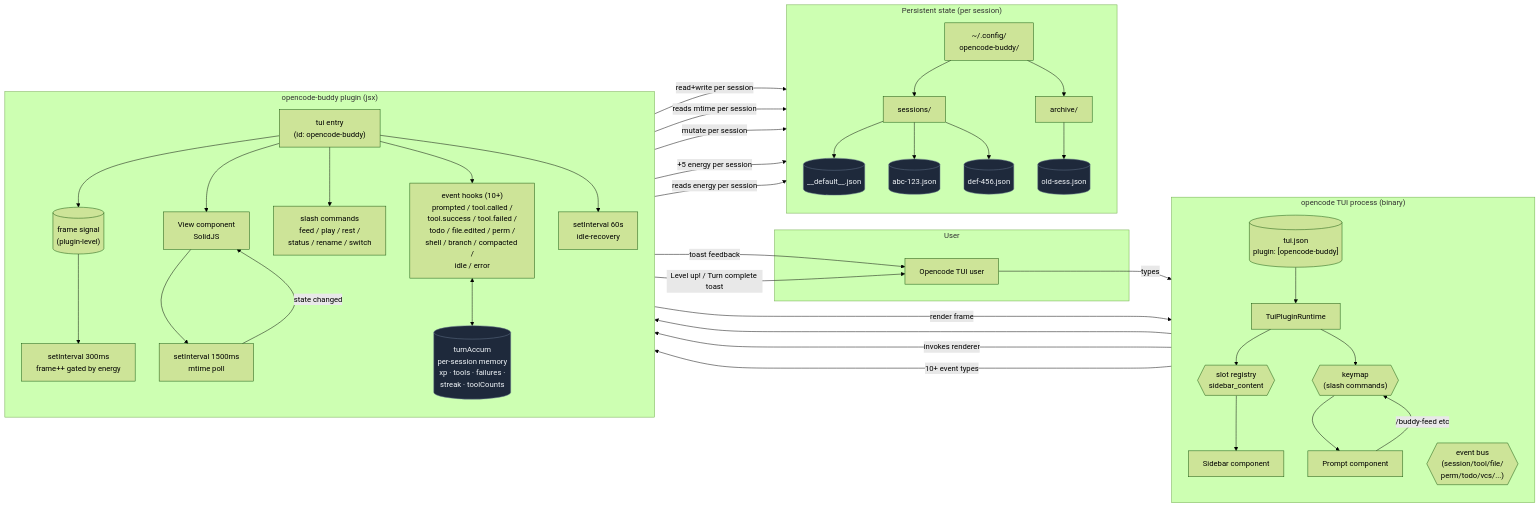
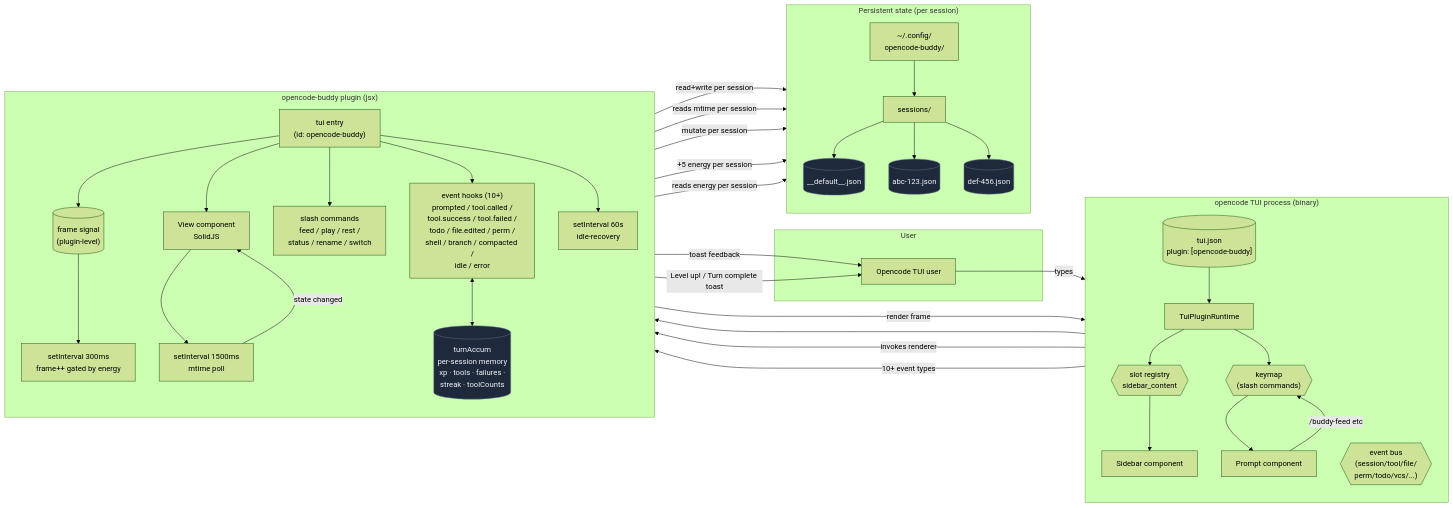
The diagram in README.md (atlasmarkz/opencode-buddy), drawn with Mermaid (forest theme) before and after one commit. The commit also changed other lines of this file and 3 other files, not shown here.

````diff
--- a/README.md
+++ b/README.md
@@ -179,82 +177,78 @@
 ```mermaid
 flowchart LR
     subgraph User
         U[Opencode TUI user]
     end
 
     subgraph OpencodeTUI["opencode TUI process (binary)"]
         direction TB
         Config[("tui.json<br/>plugin: [opencode-buddy]")]
         Runtime[TuiPluginRuntime]
         Sidebar[Sidebar component]
         Prompt[Prompt component]
         Slots{{"slot registry<br/>sidebar_content"}}
         Keymap{{"keymap<br/>(slash commands)"}}
         Bus{{"event bus<br/>(session/tool/file/<br/>perm/todo/vcs/...)"}}
 
         Config --> Runtime
         Runtime --> Slots
         Runtime --> Keymap
         Slots --> Sidebar
         Keymap --> Prompt
     end
 
     subgraph Buddy["opencode-buddy plugin (jsx)"]
         direction TB
         TUIEntry["tui entry<br/>(id: opencode-buddy)"]
         View[View component<br/>SolidJS]
         FrameSignal[("frame signal<br/>(plugin-level)")]
         AnimTick[setInterval 300ms<br/>frame++ gated by energy]
         RefreshTick[setInterval 1500ms<br/>mtime poll]
         IdleTimer[setInterval 60s<br/>idle-recovery]
         Hooks["event hooks (10+)<br/>prompted / tool.called /<br/>tool.success / tool.failed /<br/>todo / file.edited / perm /<br/>shell / branch / compacted /<br/>idle / error"]
         TurnAccum[("turnAccum<br/>per-session memory<br/>xp · tools · failures ·<br/>streak · toolCounts")]
         SlashCmds["slash commands<br/>feed / play / rest /<br/>status / rename / switch"]
 
         TUIEntry --> FrameSignal
         TUIEntry --> View
         TUIEntry --> SlashCmds
         TUIEntry --> Hooks
         TUIEntry --> IdleTimer
         FrameSignal --> AnimTick
         View --> RefreshTick
         Hooks <--> TurnAccum
     end
 
     subgraph State["Persistent state (per session)"]
         direction TB
         StateRoot["~/.config/<br/>opencode-buddy/"]
         SessionsDir["sessions/"]
         Default[("__default__.json")]
         Sess1[("abc-123.json")]
         Sess2[("def-456.json")]
-        ArchiveDir["archive/"]
-        Arch1[("old-sess.json")]
 
         StateRoot --> SessionsDir
-        StateRoot --> ArchiveDir
         SessionsDir --> Default
         SessionsDir --> Sess1
         SessionsDir --> Sess2
-        ArchiveDir --> Arch1
     end
 
     U -->|types| Prompt
     Prompt -->|/buddy-feed etc| Keymap
     Keymap --> SlashCmds
     SlashCmds -->|"read+write per session"| SessionsDir
     SlashCmds -->|toast feedback| U
 
     Slots -->|invokes renderer| View
     View -->|render frame| Sidebar
     View -->|"reads mtime per session"| SessionsDir
     RefreshTick -->|state changed| View
     Bus -->|10+ event types| Hooks
     Hooks -->|"mutate per session"| SessionsDir
     Hooks -->|Level up! / Turn complete toast| U
     IdleTimer -->|"+5 energy per session"| SessionsDir
     AnimTick -->|"reads energy per session"| SessionsDir
 
     classDef store fill:#1e293b,stroke:#64748b,color:#f1f5f9
-    class Default,Sess1,Sess2,Arch1,TurnAccum store
+    class Default,Sess1,Sess2,TurnAccum store
 ```
````
